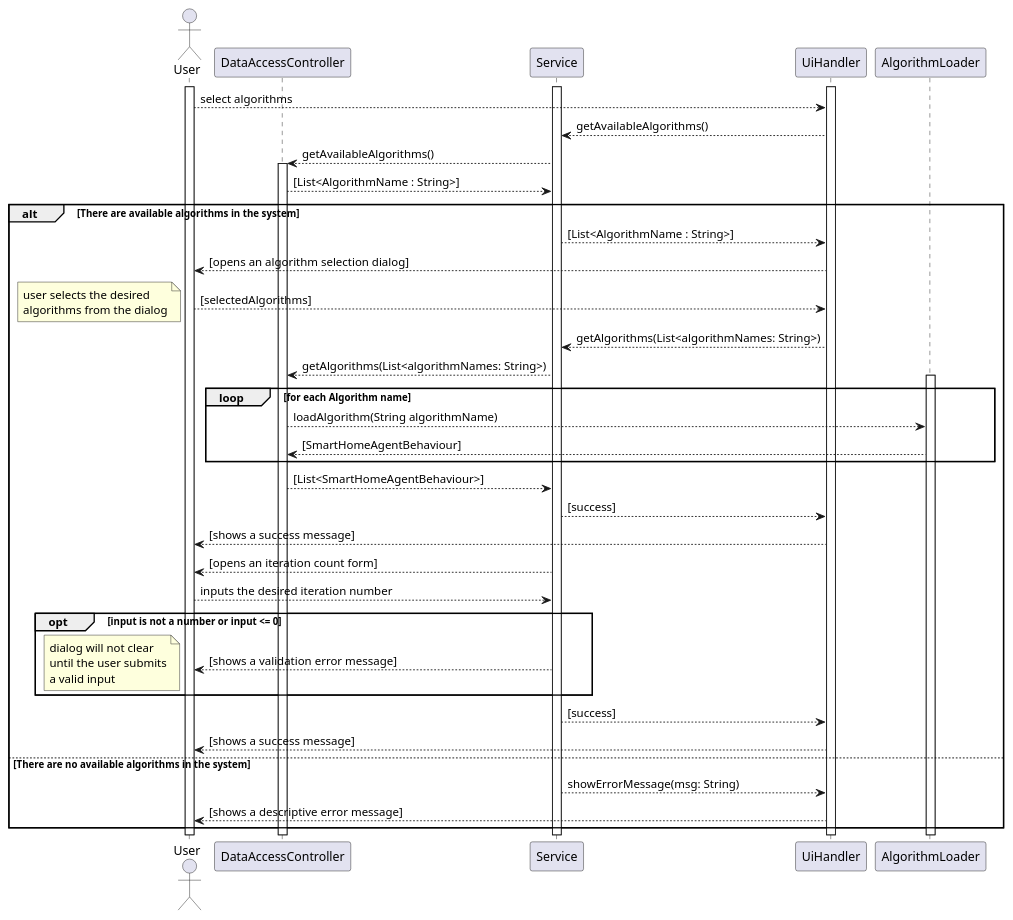
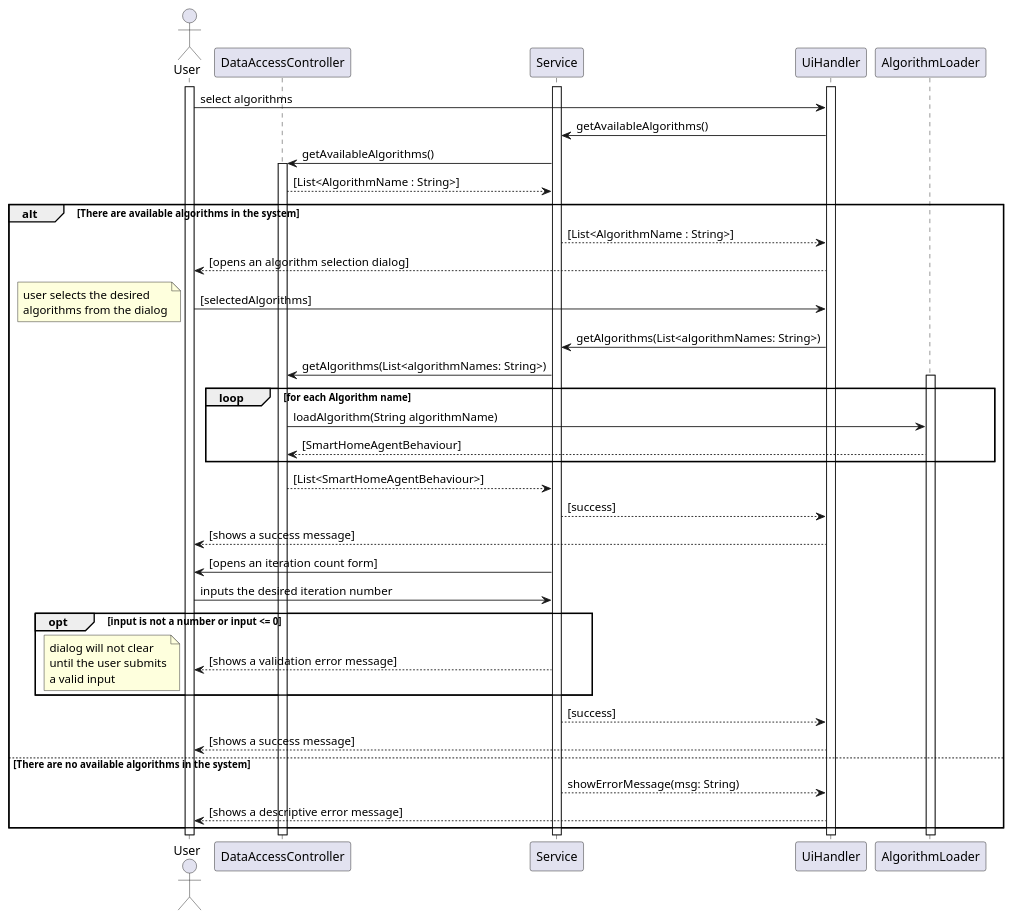
The diagram in Final/Docs/Diagrams/behaviour diagrams/scripts/algoChooseSeq.puml (miamiHits/FinalProject), drawn with PlantUML before and after one commit. The commit also changed 5 other files, not shown here.

Commit message:
the main sequence diagram for simulation run is ready some fixes for sequence diagrams of algo and problem selections

```diff
--- a/Final/Docs/Diagrams/behaviour diagrams/scripts/algoChooseSeq.puml
+++ b/Final/Docs/Diagrams/behaviour diagrams/scripts/algoChooseSeq.puml
@@ -1,56 +1,56 @@
 @startuml
 actor User as u
 participant DataAccessController as DAC
 
 activate u
 activate Service
 activate UiHandler
 
-u --> UiHandler : select algorithms
-UiHandler --> Service : getAvailableAlgorithms()
-Service --> DAC : getAvailableAlgorithms()
+u -> UiHandler : select algorithms
+UiHandler -> Service : getAvailableAlgorithms()
+Service -> DAC : getAvailableAlgorithms()
 
 activate DAC
 DAC --> Service : [List<AlgorithmName : String>]
 
 alt There are available algorithms in the system
 
     Service --> UiHandler : [List<AlgorithmName : String>]
     UiHandler --> u : [opens an algorithm selection dialog]
-    u --> UiHandler : [selectedAlgorithms]
+    u -> UiHandler : [selectedAlgorithms]
     note left
         user selects the desired
         algorithms from the dialog
     end note
 
-    UiHandler --> Service : getAlgorithms(List<algorithmNames: String>)
+    UiHandler -> Service : getAlgorithms(List<algorithmNames: String>)
 
-    Service --> DAC : getAlgorithms(List<algorithmNames: String>)
+    Service -> DAC : getAlgorithms(List<algorithmNames: String>)
 
     loop for each Algorithm name
         activate AlgorithmLoader
-        DAC --> AlgorithmLoader : loadAlgorithm(String algorithmName)
+        DAC -> AlgorithmLoader : loadAlgorithm(String algorithmName)
         AlgorithmLoader --> DAC : [SmartHomeAgentBehaviour]
     end
 
     DAC --> Service : [List<SmartHomeAgentBehaviour>]
     Service --> UiHandler : [success]
     UiHandler --> u : [shows a success message]
-    Service --> u : [opens an iteration count form]
-    u --> Service : inputs the desired iteration number
+    Service -> u : [opens an iteration count form]
+    u -> Service : inputs the desired iteration number
     opt input is not a number or input <= 0
         Service --> u : [shows a validation error message]
         note left
             dialog will not clear
             until the user submits
             a valid input
         end note
     end
     Service --> UiHandler : [success]
     UiHandler --> u : [shows a success message]
 
 else There are no available algorithms in the system
     Service --> UiHandler : showErrorMessage(msg: String)
     UiHandler --> u : [shows a descriptive error message]
 end
 @enduml
```
